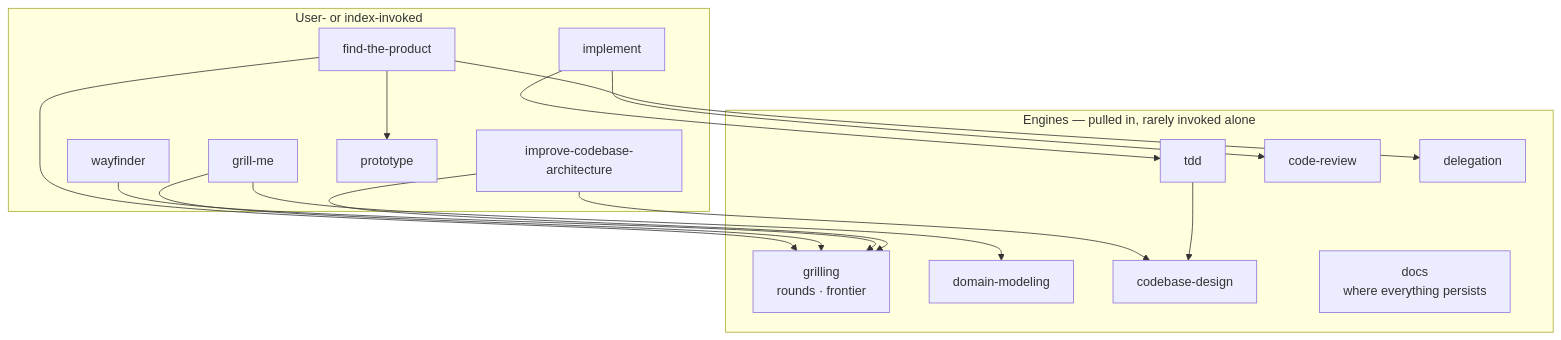
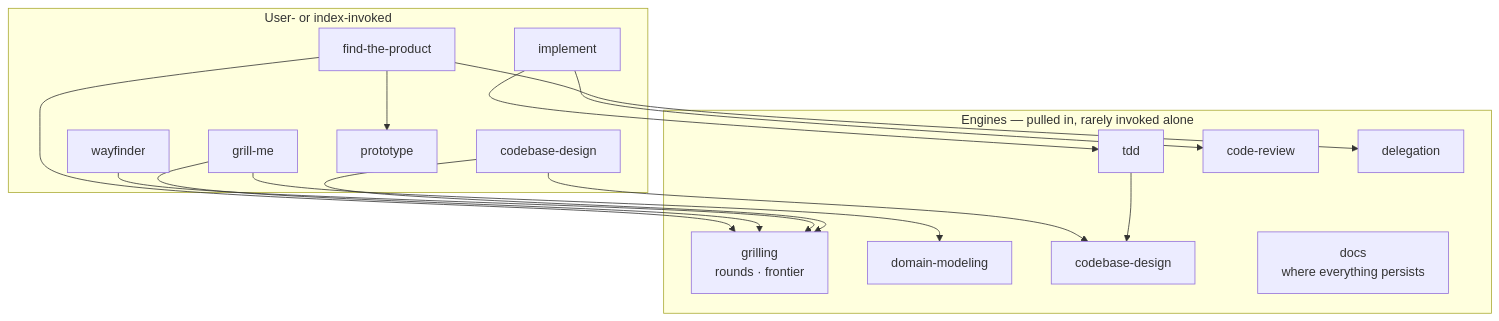
One commit to positive-energy-labs/Pe.Tools changed the third of 4 diagrams in .agents/skills/index/FLOWS.md. Above: the diagram before and after it, drawn with Mermaid. The commit also changed other lines of this file and 28 other files, not shown here.

````diff
--- a/.agents/skills/index/FLOWS.md
+++ b/.agents/skills/index/FLOWS.md
@@ -35,26 +35,26 @@
 ```mermaid
 flowchart TD
     subgraph invoke["User- or index-invoked"]
       FTPX["find-the-product"]
       GWD["grill-me"]
       WAY["wayfinder"]
-      ARC["improve-codebase-architecture"]
+      ARC["codebase-design"]
       IMPL["implement"]
       PRX["prototype"]
     end
     subgraph eng["Engines — pulled in, rarely invoked alone"]
       GRL["grilling<br/>rounds · frontier"]
       TDDX["tdd"]
       CRX["code-review"]
       DMX["domain-modeling"]
       CDX["codebase-design"]
       DLG["delegation"]
       DOCS["docs<br/>where everything persists"]
     end
     FTPX --> GRL & PRX & DLG
     GWD --> GRL & DMX
     WAY --> GRL
     ARC --> GRL & CDX
     IMPL --> TDDX & CRX
     TDDX --> CDX
 ```
````
